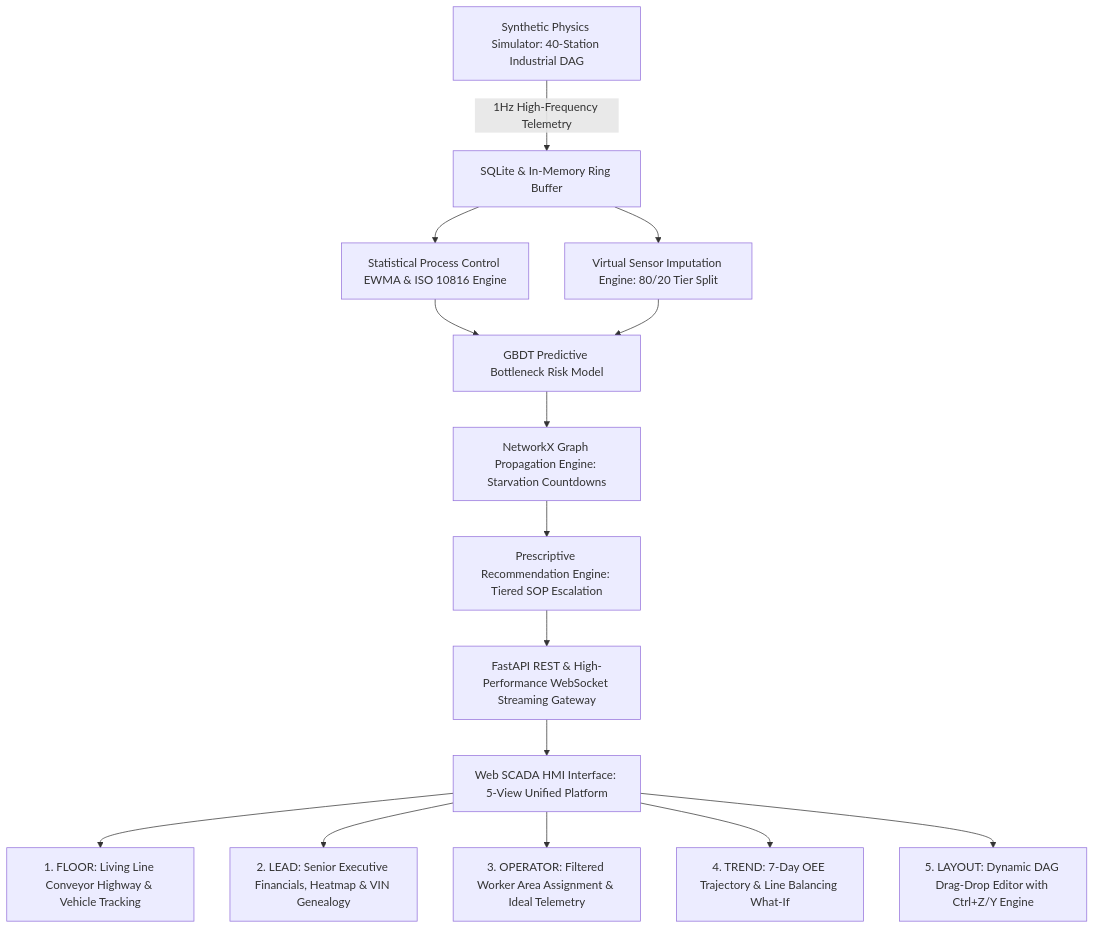
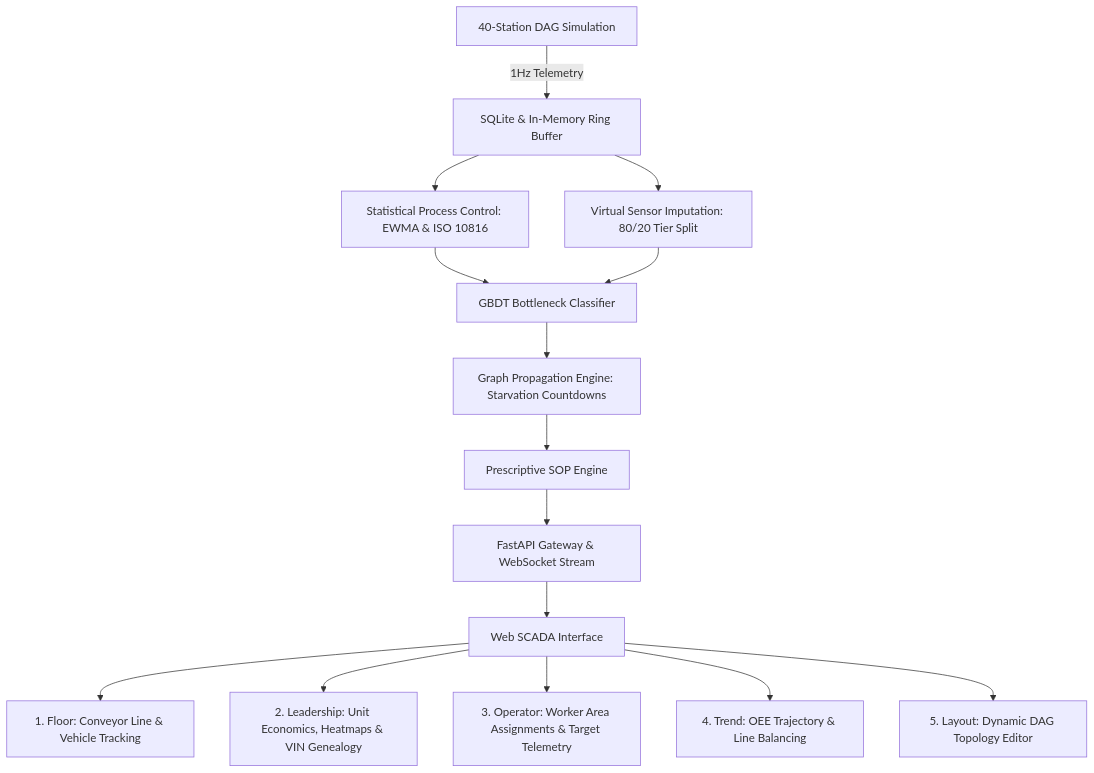
Before and after one commit to adity213/Accenture_digital_twin: the diagram in README.md, drawn with Mermaid. The commit also changed other lines of this file and 4 other files, not shown here.

````diff
--- a/README.md
+++ b/README.md
@@ -10,17 +5,17 @@
 ```mermaid
 graph TD
-    A[Synthetic Physics Simulator: 40-Station Industrial DAG] -->|1Hz High-Frequency Telemetry| B[SQLite & In-Memory Ring Buffer]
-    B --> C[Statistical Process Control EWMA & ISO 10816 Engine]
-    B --> D[Virtual Sensor Imputation Engine: 80/20 Tier Split]
-    C --> E[GBDT Predictive Bottleneck Risk Model]
+    A[40-Station DAG Simulation] -->|1Hz Telemetry| B[SQLite & In-Memory Ring Buffer]
+    B --> C[Statistical Process Control: EWMA & ISO 10816]
+    B --> D[Virtual Sensor Imputation: 80/20 Tier Split]
+    C --> E[GBDT Bottleneck Classifier]
     D --> E
-    E --> F[NetworkX Graph Propagation Engine: Starvation Countdowns]
-    F --> G[Prescriptive Recommendation Engine: Tiered SOP Escalation]
-    G --> H[FastAPI REST & High-Performance WebSocket Streaming Gateway]
-    H --> I[Web SCADA HMI Interface: 5-View Unified Platform]
-    I --> I1[1. FLOOR: Living Line Conveyor Highway & Vehicle Tracking]
-    I --> I2[2. LEAD: Senior Executive Financials, Heatmap & VIN Genealogy]
-    I --> I3[3. OPERATOR: Filtered Worker Area Assignment & Ideal Telemetry]
-    I --> I4[4. TREND: 7-Day OEE Trajectory & Line Balancing What-If]
-    I --> I5[5. LAYOUT: Dynamic DAG Drag-Drop Editor with Ctrl+Z/Y Engine]
+    E --> F[Graph Propagation Engine: Starvation Countdowns]
+    F --> G[Prescriptive SOP Engine]
+    G --> H[FastAPI Gateway & WebSocket Stream]
+    H --> I[Web SCADA Interface]
+    I --> I1[1. Floor: Conveyor Line & Vehicle Tracking]
+    I --> I2[2. Leadership: Unit Economics, Heatmaps & VIN Genealogy]
+    I --> I3[3. Operator: Worker Area Assignments & Target Telemetry]
+    I --> I4[4. Trend: OEE Trajectory & Line Balancing]
+    I --> I5[5. Layout: Dynamic DAG Topology Editor]
 ```
````
